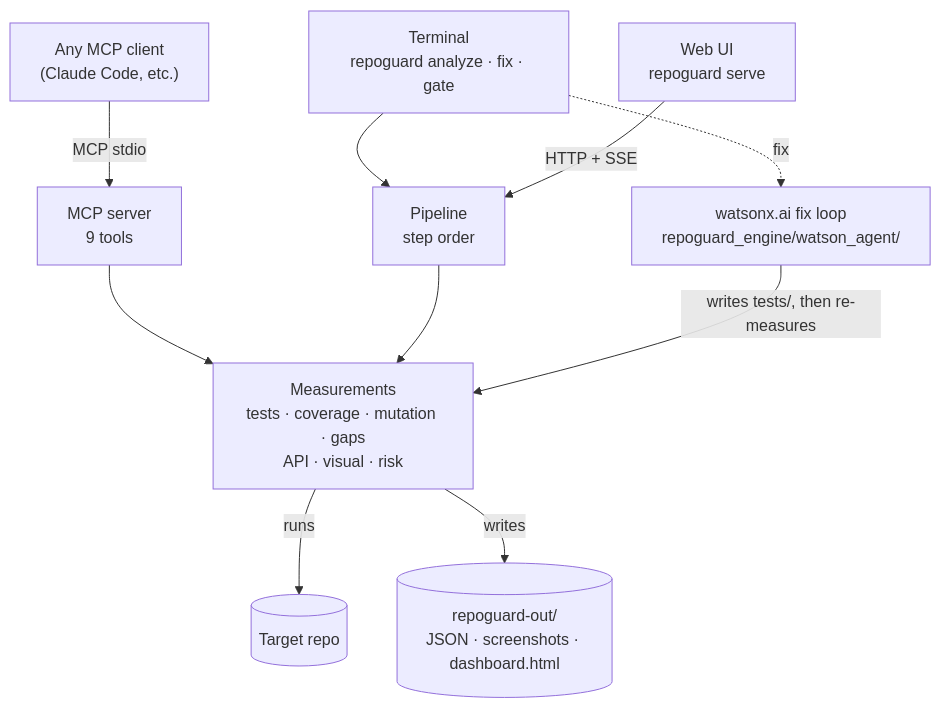
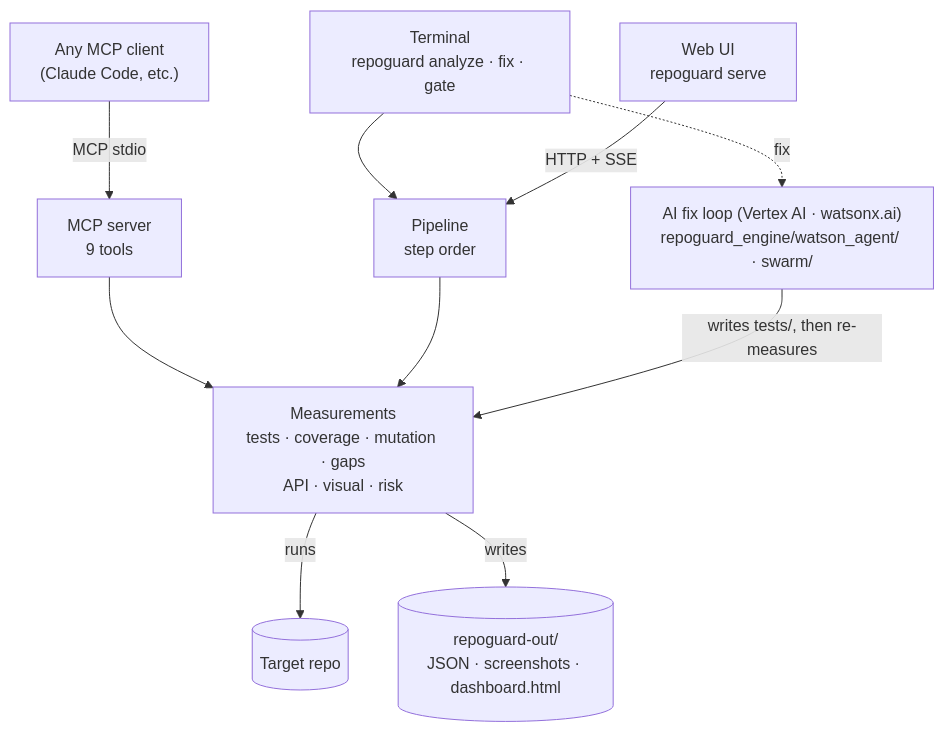
The first of 2 diagrams in README.md (agustindiazcano/ibm-bob-mcp-agent-guard), drawn with Mermaid before and after one commit. The commit also changed other lines of this file, not shown here.

First line of the commit message:
docs(readme): English only, fix broken links, Vertex as default, "At a glance" section

````diff
--- a/README.md
+++ b/README.md
@@ -105,24 +138,24 @@
 ```mermaid
 flowchart TB
     CLI["Terminal<br/>repoguard analyze · fix · gate"]
     WEB["Web UI<br/>repoguard serve"]
     EXT["Any MCP client<br/>(Claude Code, etc.)"]
 
     PIPE["Pipeline<br/>step order"]
     MCP["MCP server<br/>9 tools"]
-    WATSON["watsonx.ai fix loop<br/>repoguard_engine/watson_agent/"]
+    WATSON["AI fix loop (Vertex AI · watsonx.ai)<br/>repoguard_engine/watson_agent/ · swarm/"]
 
     MED["Measurements<br/>tests · coverage · mutation · gaps<br/>API · visual · risk"]
     REPO[("Target repo")]
     OUT[("repoguard-out/<br/>JSON · screenshots · dashboard.html")]
 
     CLI --> PIPE
     CLI -. "fix" .-> WATSON
     WEB -- "HTTP + SSE" --> PIPE
     EXT -- "MCP stdio" --> MCP
     MCP --> MED
     PIPE --> MED
     WATSON -- "writes tests/, then re-measures" --> MED
     MED -- "runs" --> REPO
     MED -- "writes" --> OUT
 ```
````
